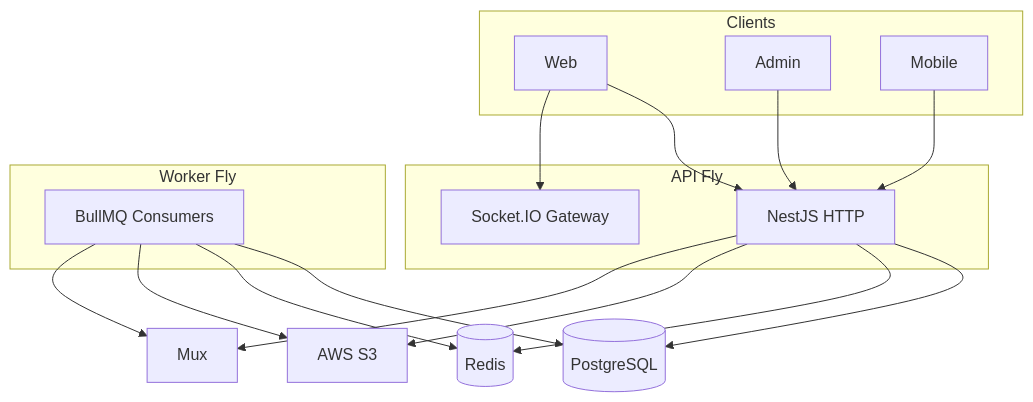
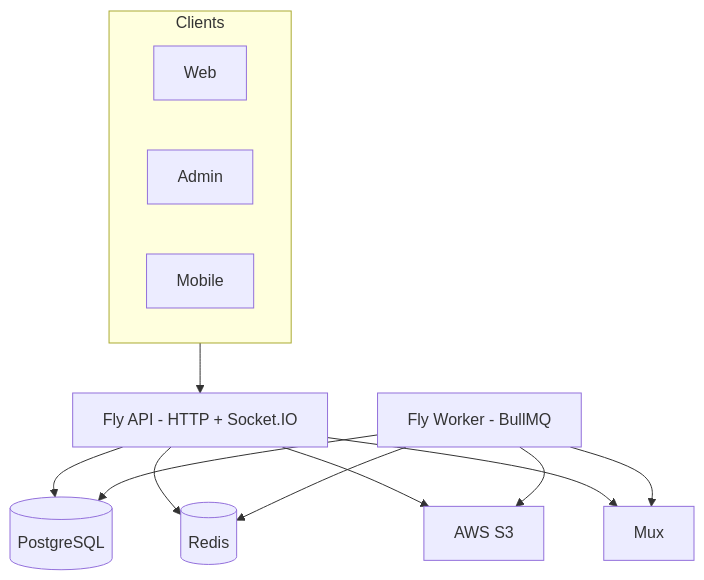
Before and after one commit to Forge-Studios-dev/FORGE: the diagram in docs/FORGE_PROJECT_MASTER.md, drawn with Mermaid. The commit also changed other lines of this file and 50 other files, not shown here.

````diff
--- a/docs/FORGE_PROJECT_MASTER.md
+++ b/docs/FORGE_PROJECT_MASTER.md
@@ -40,31 +58,23 @@
 ```mermaid
 flowchart TB
   subgraph clients [Clients]
     Web[Web]
     Admin[Admin]
     Mobile[Mobile]
   end
-  subgraph api [API Fly]
-    HTTP[NestJS HTTP]
-    GW[Socket.IO Gateway]
-  end
-  subgraph worker [Worker Fly]
-    W[BullMQ Consumers]
-  end
+  API[Fly API - HTTP + Socket.IO]
+  Worker[Fly Worker - BullMQ]
   PG[(PostgreSQL)]
-  R[(Redis)]
+  Redis[(Redis)]
   S3[AWS S3]
   Mux[Mux]
-  Web --> HTTP
-  Admin --> HTTP
-  Mobile --> HTTP
-  Web --> GW
-  HTTP --> PG
-  HTTP --> R
-  W --> PG
-  W --> R
-  W --> S3
-  W --> Mux
-  HTTP --> S3
-  HTTP --> Mux
+  clients --> API
+  API --> PG
+  API --> Redis
+  API --> S3
+  API --> Mux
+  Worker --> PG
+  Worker --> Redis
+  Worker --> S3
+  Worker --> Mux
 ```
````
